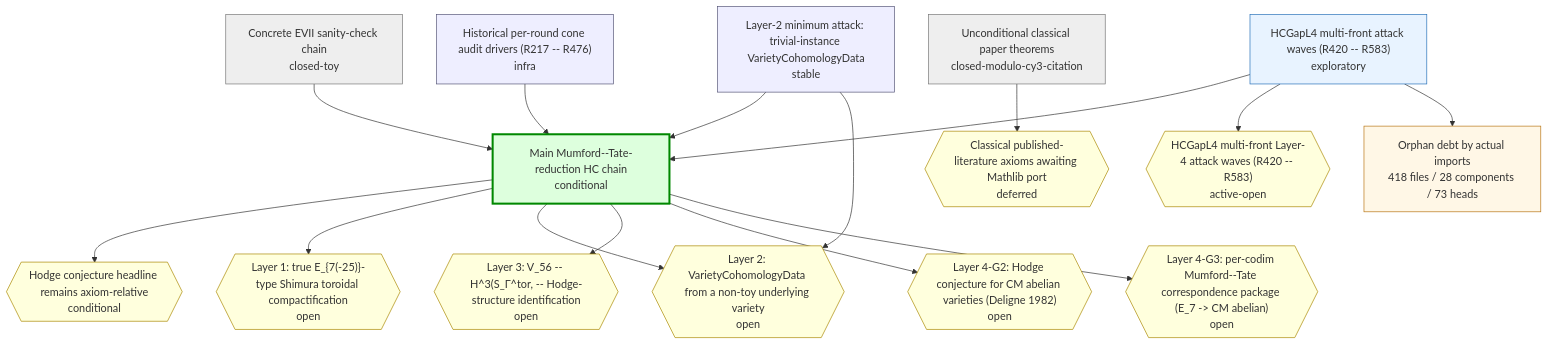
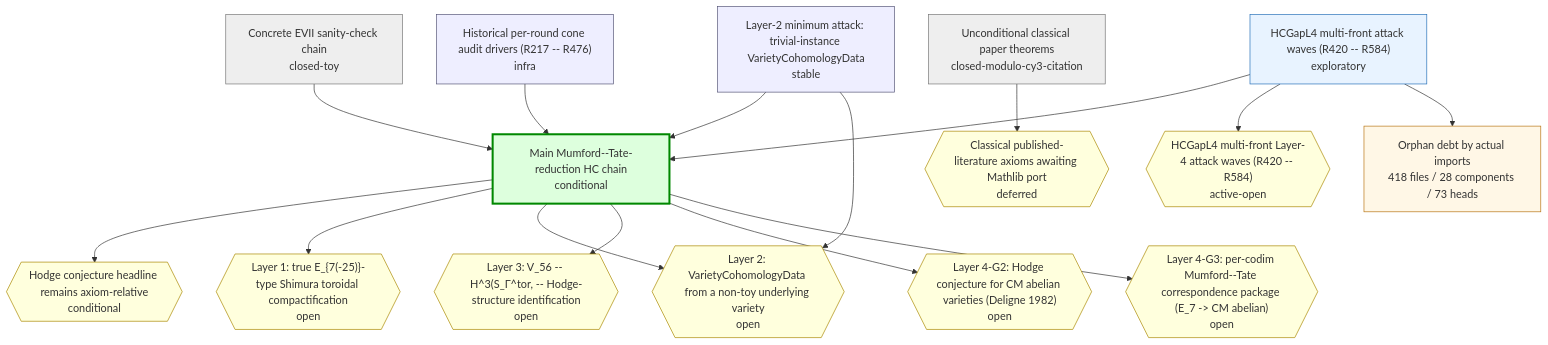
One commit to crabsatellite/hodge-conjecture-lean4-formalization changed the first of 2 diagrams in chain-status/research-map.md. Above: the diagram before and after it, drawn with Mermaid. The commit also changed other lines of this file and 7 other files, not shown here.

````diff
--- a/chain-status/research-map.md
+++ b/chain-status/research-map.md
@@ -45,44 +45,44 @@
 ```mermaid
 graph TD
   classDef main fill:#dfd,stroke:#080,stroke-width:3px
   classDef active fill:#e8f3ff,stroke:#2670b8
   classDef support fill:#eef,stroke:#557
   classDef closed fill:#eee,stroke:#777
   classDef dead fill:#fdd,stroke:#a00,stroke-width:2px
   classDef gapOpen fill:#ffd,stroke:#a80
   classDef gapClosed fill:#eee,stroke:#777
   classDef gapDead fill:#fdd,stroke:#a00
   classDef debt fill:#fff7e6,stroke:#b87514
   classDef debtTaxonomy fill:#e8f3ff,stroke:#2670b8,stroke-dasharray:3 3
   classDef debtRule fill:#eefbea,stroke:#398439,stroke-dasharray:3 3
   classDef debtDead fill:#fdd,stroke:#a00,stroke-dasharray:3 3
   chain_main_hc_axiom_relative["Main Mumford--Tate-reduction HC chain\nconditional"]:::main
   chain_unconditional_classical["Unconditional classical paper theorems\nclosed-modulo-cy3-citation"]:::closed
   chain_hcgap_l2_trivial_instances["Layer-2 minimum attack: trivial-instance VarietyCohomologyData\nstable"]:::support
-  chain_hcgap_l4_multifront_active["HCGapL4 multi-front attack waves (R420 -- R583)\nexploratory"]:::active
+  chain_hcgap_l4_multifront_active["HCGapL4 multi-front attack waves (R420 -- R584)\nexploratory"]:::active
   chain_concrete_evii_toy["Concrete EVII sanity-check chain\nclosed-toy"]:::closed
   chain_historical_cone_audits["Historical per-round cone audit drivers (R217 -- R476)\ninfra"]:::support
   gap_G_main_hc{{"Hodge conjecture headline remains axiom-relative\nconditional"}}:::gapOpen
   gap_G_l1_e7_shimura_tor{{"Layer 1: true E_{7(-25)}-type Shimura toroidal compactification\nopen"}}:::gapOpen
   gap_G_l2_cohomology_construction{{"Layer 2: VarietyCohomologyData from a non-toy underlying variety\nopen"}}:::gapOpen
   gap_G_l3_v56_mt_identification{{"Layer 3: V_56 -- H^3(S_Γ^tor, -- Hodge-structure identification\nopen"}}:::gapOpen
   gap_G_l4_cm_abelian_hc{{"Layer 4-G2: Hodge conjecture for CM abelian varieties (Deligne 1982)\nopen"}}:::gapOpen
   gap_G_l4_mt_correspondence{{"Layer 4-G3: per-codim Mumford--Tate correspondence package (E_7 -> CM abelian)\nopen"}}:::gapOpen
   gap_G_classical_mathlib_port{{"Classical published-literature axioms awaiting Mathlib port\ndeferred"}}:::gapOpen
-  gap_G_hcgap_l4_multifront{{"HCGapL4 multi-front Layer-4 attack waves (R420 -- R583)\nactive-open"}}:::gapOpen
+  gap_G_hcgap_l4_multifront{{"HCGapL4 multi-front Layer-4 attack waves (R420 -- R584)\nactive-open"}}:::gapOpen
   chain_main_hc_axiom_relative --> gap_G_main_hc
   chain_main_hc_axiom_relative --> gap_G_l1_e7_shimura_tor
   chain_main_hc_axiom_relative --> gap_G_l2_cohomology_construction
   chain_main_hc_axiom_relative --> gap_G_l3_v56_mt_identification
   chain_main_hc_axiom_relative --> gap_G_l4_cm_abelian_hc
   chain_main_hc_axiom_relative --> gap_G_l4_mt_correspondence
   chain_unconditional_classical --> gap_G_classical_mathlib_port
   chain_hcgap_l2_trivial_instances --> chain_main_hc_axiom_relative
   chain_hcgap_l2_trivial_instances --> gap_G_l2_cohomology_construction
   chain_hcgap_l4_multifront_active --> chain_main_hc_axiom_relative
   chain_hcgap_l4_multifront_active --> gap_G_hcgap_l4_multifront
   chain_concrete_evii_toy --> chain_main_hc_axiom_relative
   chain_historical_cone_audits --> chain_main_hc_axiom_relative
   debt_all["Orphan debt by actual imports\n418 files / 28 components / 73 heads"]:::debt
   chain_hcgap_l4_multifront_active --> debt_all
 ```
````
